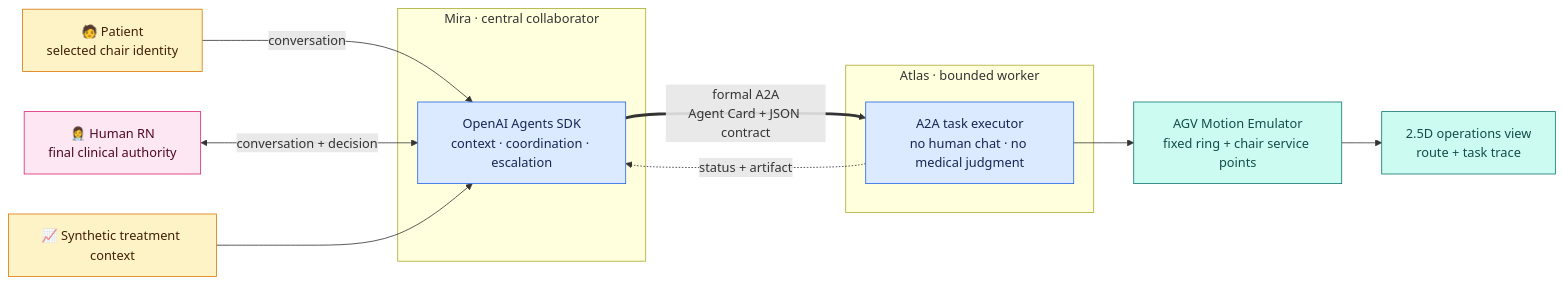
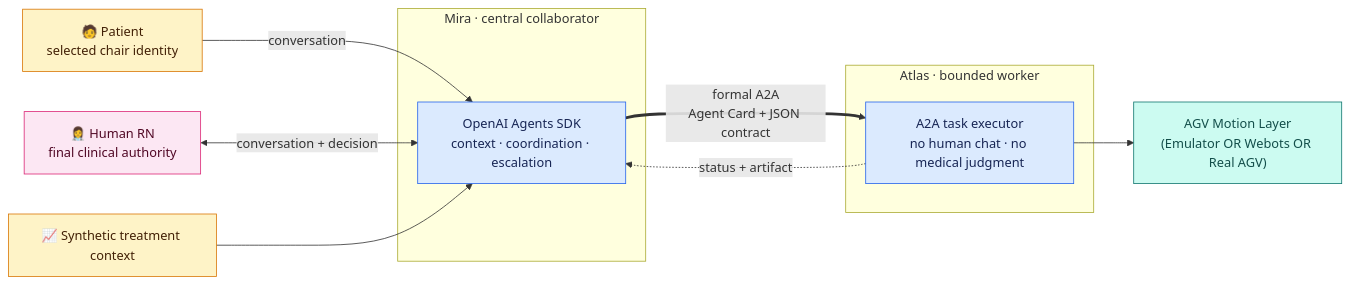
One commit to fmlin0429712024/ichd-agentic-system changed the first of 2 diagrams in README.md. Above: the diagram before and after it, drawn with Mermaid. The commit also changed other lines of this file, not shown here.

````diff
--- a/README.md
+++ b/README.md
@@ -51,29 +138,28 @@
 ```mermaid
 flowchart LR
     P["🧑 Patient<br/>selected chair identity"] -->|"conversation"| M
     R["👩‍⚕️ Human RN<br/>final clinical authority"] <-->|"conversation + decision"| M
     D["📈 Synthetic treatment context"] --> M
 
     subgraph COORDINATOR["Mira · central collaborator"]
         M["OpenAI Agents SDK<br/>context · coordination · escalation"]
     end
 
     M ==>|"formal A2A<br/>Agent Card + JSON contract"| A
     A -. "status + artifact" .-> M
 
     subgraph WORKER["Atlas · bounded worker"]
         A["A2A task executor<br/>no human chat · no medical judgment"]
     end
 
-    A --> S["AGV Motion Emulator<br/>fixed ring + chair service points"]
-    S --> V["2.5D operations view<br/>route + task trace"]
+    A --> S["AGV Motion Layer<br/>(Emulator OR Webots OR Real AGV)"]
 
     classDef source fill:#FEF3C7,stroke:#D97706,color:#422006
     classDef human fill:#FCE7F3,stroke:#DB2777,color:#500724
     classDef digital fill:#DBEAFE,stroke:#2563EB,color:#172554
     classDef visual fill:#CCFBF1,stroke:#0F766E,color:#134E4A
     class P,D source
     class R human
     class M,A digital
-    class S,V visual
+    class S visual
 ```
````
